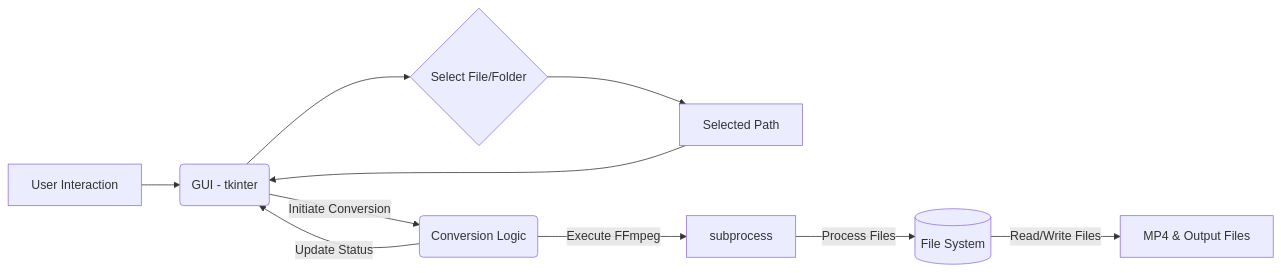
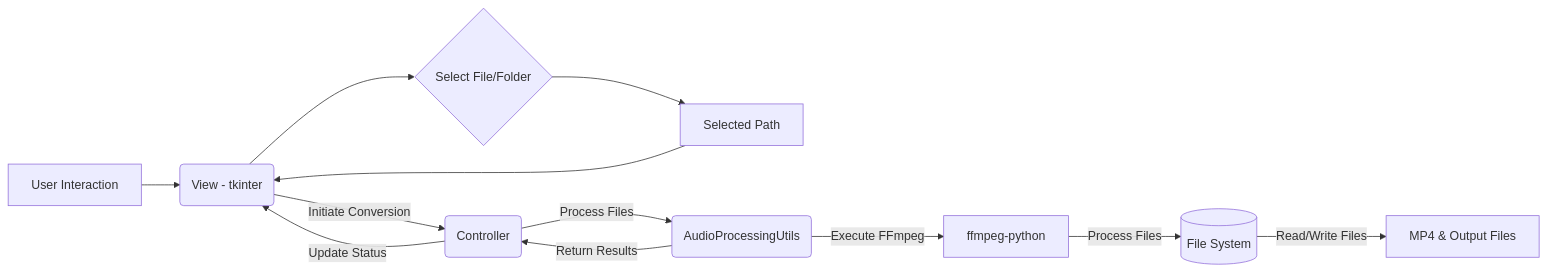
The diagram in docs/frontend.md (Kamadulski/MP4_Audio_Extractor), drawn with Mermaid before and after one commit. The commit also changed other lines of this file and 6 other files, not shown here.

First line of the commit message:
Refactor docs to reflect ffmpeg-python integration

````diff
--- a/docs/frontend.md
+++ b/docs/frontend.md
@@ -25,12 +26,14 @@
 ```mermaid
 graph LR
-    A[User Interaction] --> B(GUI - tkinter)
+    A[User Interaction] --> B(View - tkinter)
     B --> C{Select File/Folder}
     C --> D[Selected Path]
     D --> B
-    B -- "Initiate Conversion" --> E(Conversion Logic)
-    E -- "Execute FFmpeg" --> F[subprocess]
-    F -- "Process Files" --> G[(File System)]
-    G -- "Read/Write Files" --> H[MP4 & Output Files]
+    B -- "Initiate Conversion" --> E(Controller)
+    E -- "Process Files" --> F(AudioProcessingUtils)
+    F -- "Execute FFmpeg" --> G[ffmpeg-python]
+    G -- "Process Files" --> H[(File System)]
+    H -- "Read/Write Files" --> I[MP4 & Output Files]
+    F -- "Return Results" --> E
     E -- "Update Status" --> B
 ```
````
